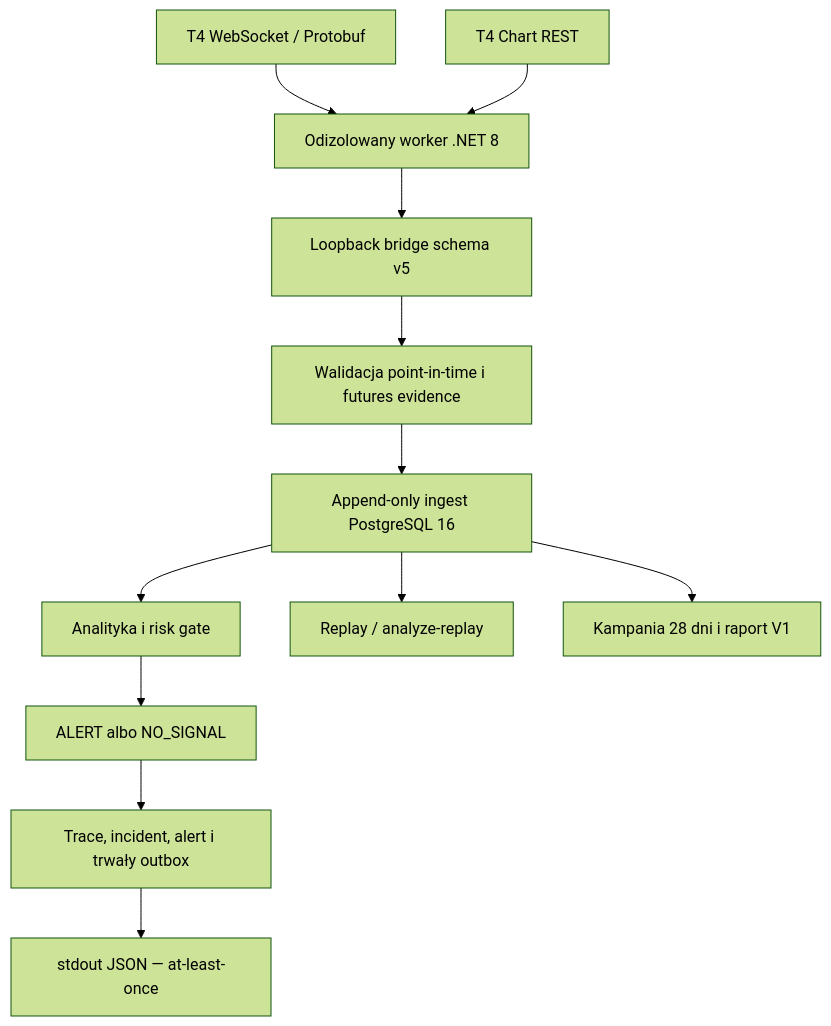
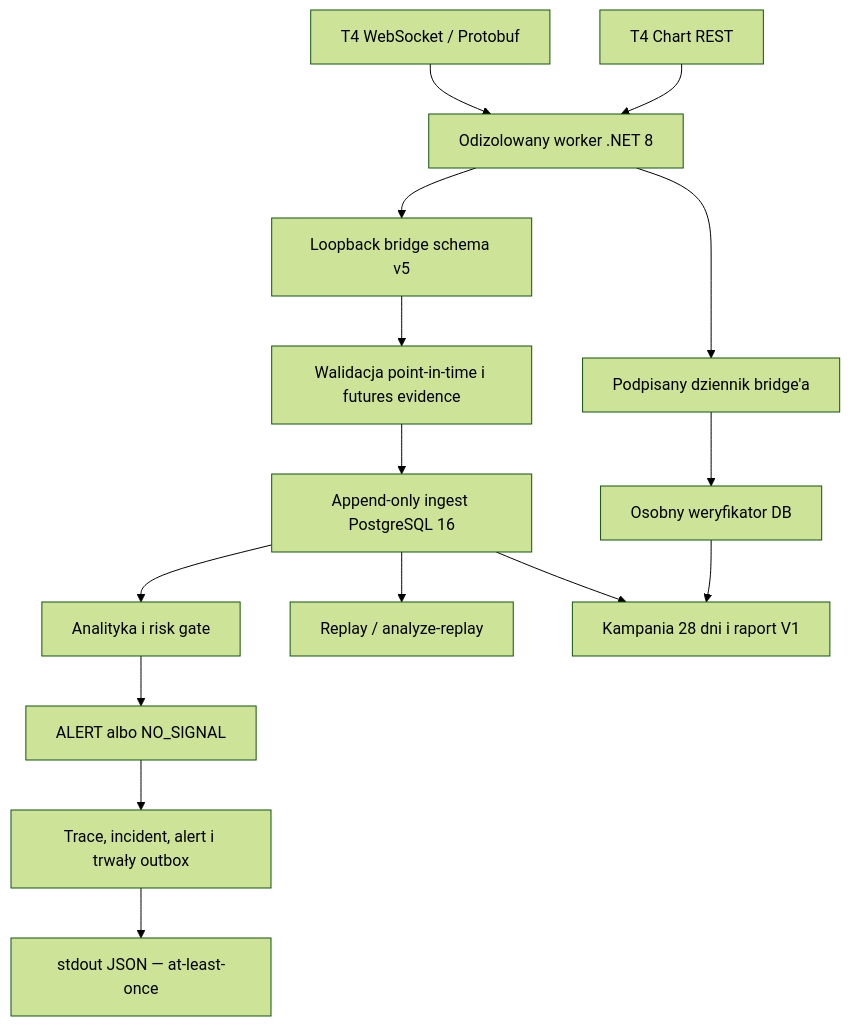
One commit to PawelZhenchak/Agent_Crypto- changed the diagram in docs/ARCHITECTURE.md. Above: the diagram before and after it, drawn with Mermaid (forest theme). The commit also changed other lines of this file and 49 other files, not shown here.

````diff
--- a/docs/ARCHITECTURE.md
+++ b/docs/ARCHITECTURE.md
@@ -3,14 +3,17 @@
 ```mermaid
 flowchart TD
     W["T4 WebSocket / Protobuf"] --> B["Odizolowany worker .NET 8"]
     R["T4 Chart REST"] --> B
     B --> C["Loopback bridge schema v5"]
     C --> D["Walidacja point-in-time i futures evidence"]
     D --> E["Append-only ingest PostgreSQL 16"]
     E --> F["Analityka i risk gate"]
     F --> G["ALERT albo NO_SIGNAL"]
     G --> H["Trace, incident, alert i trwały outbox"]
     H --> I["stdout JSON — at-least-once"]
     E --> J["Replay / analyze-replay"]
     E --> K["Kampania 28 dni i raport V1"]
+    B --> L["Podpisany dziennik bridge'a"]
+    L --> M["Osobny weryfikator DB"]
+    M --> K
 ```
````
